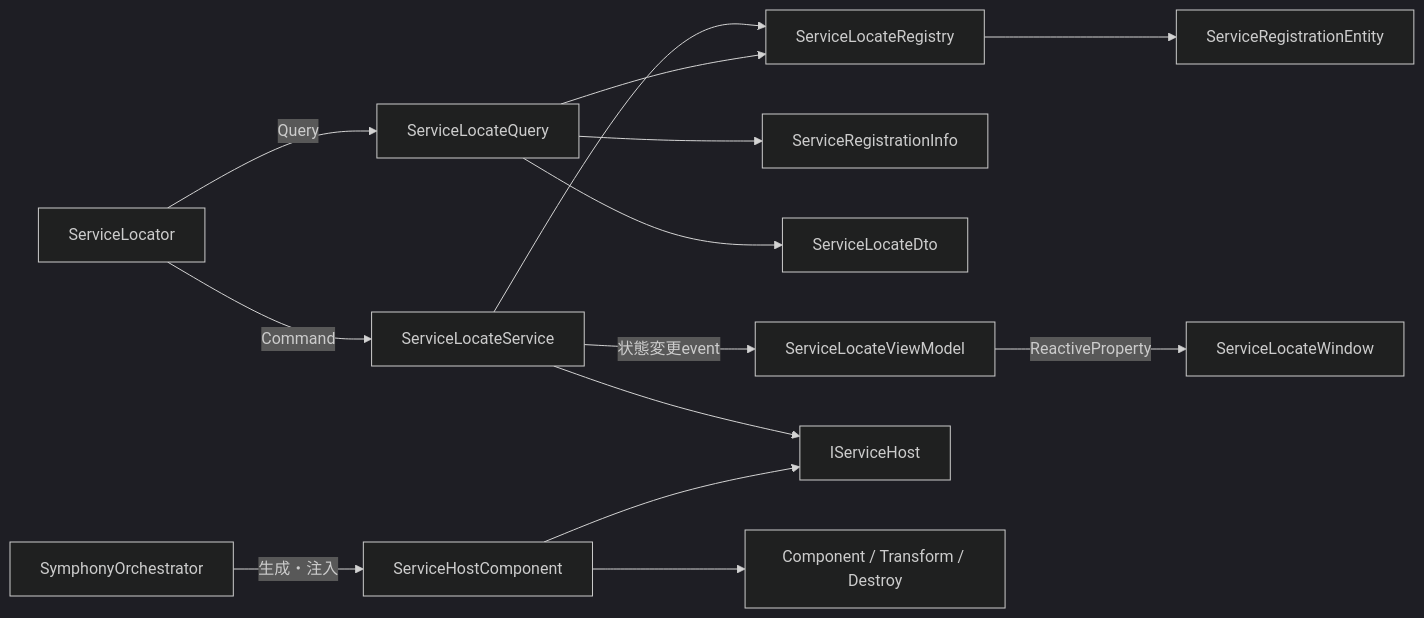
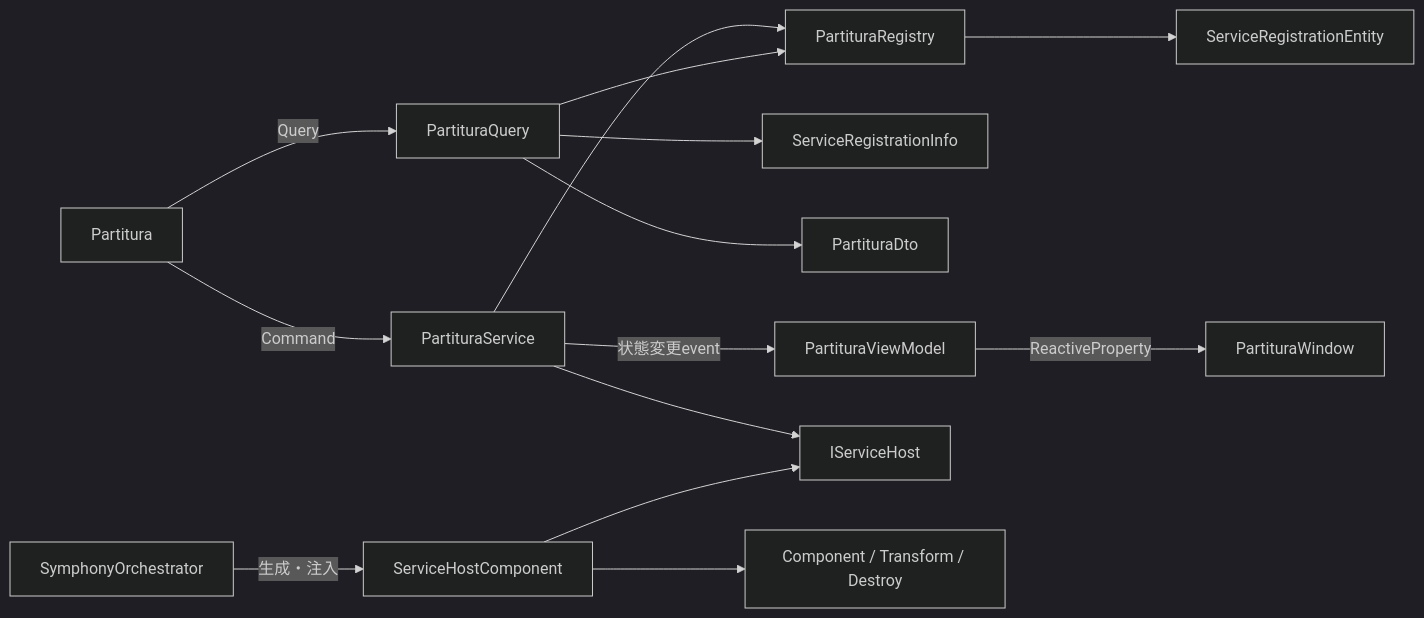
The fifth of 9 diagrams in Documentation/ModuleInternals.md (HIBIKI5201/SymphonyWorkspace), drawn with Mermaid (dark theme) before and after one commit. The commit also changed other lines of this file and 10 other files, not shown here.

````diff
--- a/Documentation/ModuleInternals.md
+++ b/Documentation/ModuleInternals.md
@@ -179,16 +179,16 @@
 ```mermaid
 flowchart LR
-    Locator["ServiceLocator"] -->|Command| Service["ServiceLocateService"]
-    Service --> Registry["ServiceLocateRegistry"]
+    Locator["Partitura"] -->|Command| Service["PartituraService"]
+    Service --> Registry["PartituraRegistry"]
     Registry --> Entity["ServiceRegistrationEntity"]
-    Locator -->|Query| Query["ServiceLocateQuery"]
+    Locator -->|Query| Query["PartituraQuery"]
     Query --> Registry
     Query --> Info["ServiceRegistrationInfo"]
-    Query --> Dto["ServiceLocateDto"]
-    Service -->|状態変更event| ViewModel["ServiceLocateViewModel"]
-    ViewModel -->|ReactiveProperty| Window["ServiceLocateWindow"]
+    Query --> Dto["PartituraDto"]
+    Service -->|状態変更event| ViewModel["PartituraViewModel"]
+    ViewModel -->|ReactiveProperty| Window["PartituraWindow"]
     Service --> HostContract["IServiceHost"]
     Host["ServiceHostComponent"] --> HostContract
     Host --> Unity["Component / Transform / Destroy"]
     Orchestrator["SymphonyOrchestrator"] -->|生成・注入| Host
 ```
````
